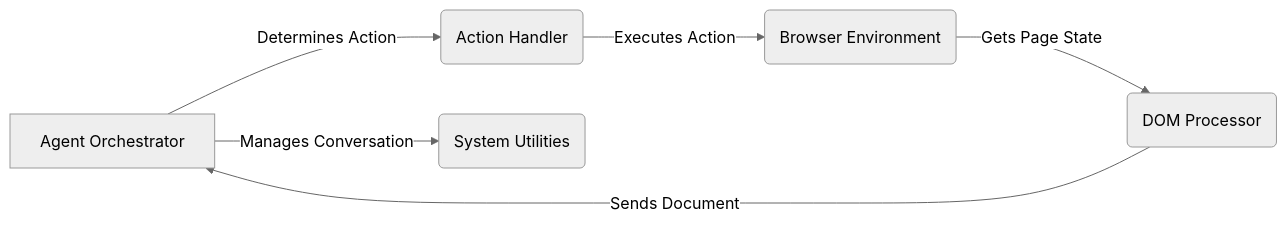
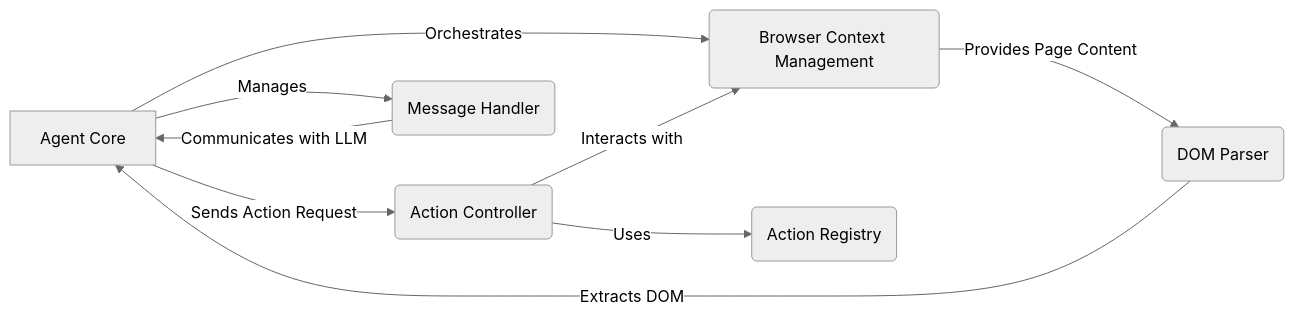
The diagram in browser-use/on_boarding.md (CodeBoarding/GeneratedOnBoardings), drawn with Mermaid (neutral theme) before and after one commit. The commit also changed other lines of this file, not shown here.

Commit message:
Uploading onboarding materials for browser-use

````diff
--- a/browser-use/on_boarding.md
+++ b/browser-use/on_boarding.md
@@ -9,8 +9,11 @@
 ```mermaid
 graph LR
-    A[Agent Orchestrator] -- Determines Action --> B(Action Handler)
-    B -- Executes Action --> C(Browser Environment)
-    C -- Gets Page State --> D(DOM Processor)
-    D -- Sends Document --> A
-    A -- Manages Conversation --> E(System Utilities)
+    A[Agent Core] -- Orchestrates --> B(Browser Context Management)
+    A -- Sends Action Request --> C(Action Controller)
+    B -- Provides Page Content --> D(DOM Parser)
+    D -- Extracts DOM --> A
+    C -- Uses --> E(Action Registry)
+    C -- Interacts with --> B
+    A -- Manages --> F(Message Handler)
+    F -- Communicates with LLM --> A
 ```
````
